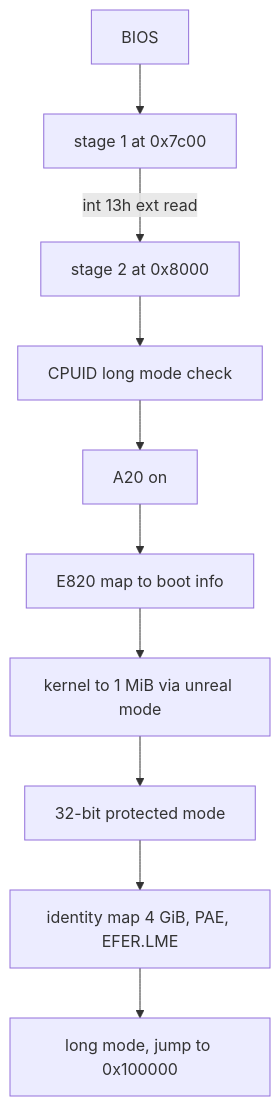
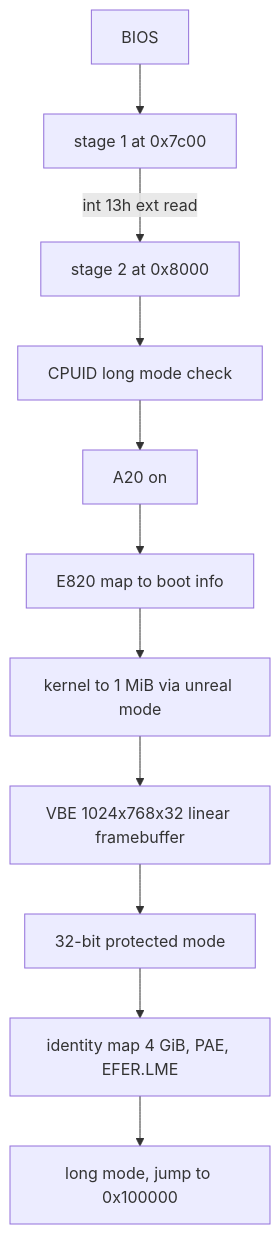
One commit to rezk2ll/vitre-os changed the second of 3 diagrams in docs/ARCHITECTURE.md. Above: the diagram before and after it, drawn with Mermaid. The commit also changed other lines of this file and 8 other files, not shown here.

Commit message:
M3: vbe framebuffer and 8x16 font (#6)

````diff
--- a/docs/ARCHITECTURE.md
+++ b/docs/ARCHITECTURE.md
@@ -39,12 +40,13 @@
 ```mermaid
 flowchart TD
   bios[BIOS] --> s1[stage 1 at 0x7c00]
   s1 -->|int 13h ext read| s2[stage 2 at 0x8000]
   s2 --> cpuid[CPUID long mode check]
   cpuid --> a20[A20 on]
   a20 --> e820[E820 map to boot info]
   e820 --> load[kernel to 1 MiB via unreal mode]
-  load --> pm[32-bit protected mode]
+  load --> vbe[VBE 1024x768x32 linear framebuffer]
+  vbe --> pm[32-bit protected mode]
   pm --> pg[identity map 4 GiB, PAE, EFER.LME]
   pg --> lm[long mode, jump to 0x100000]
 ```
````
